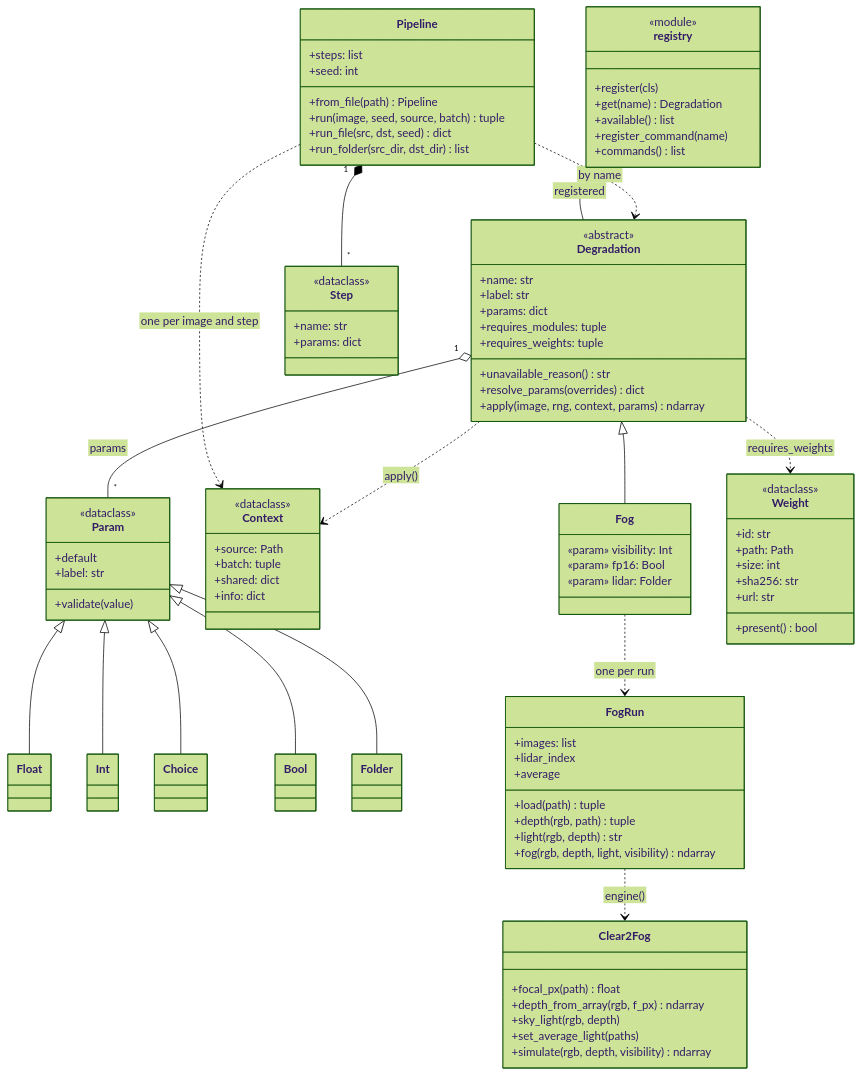
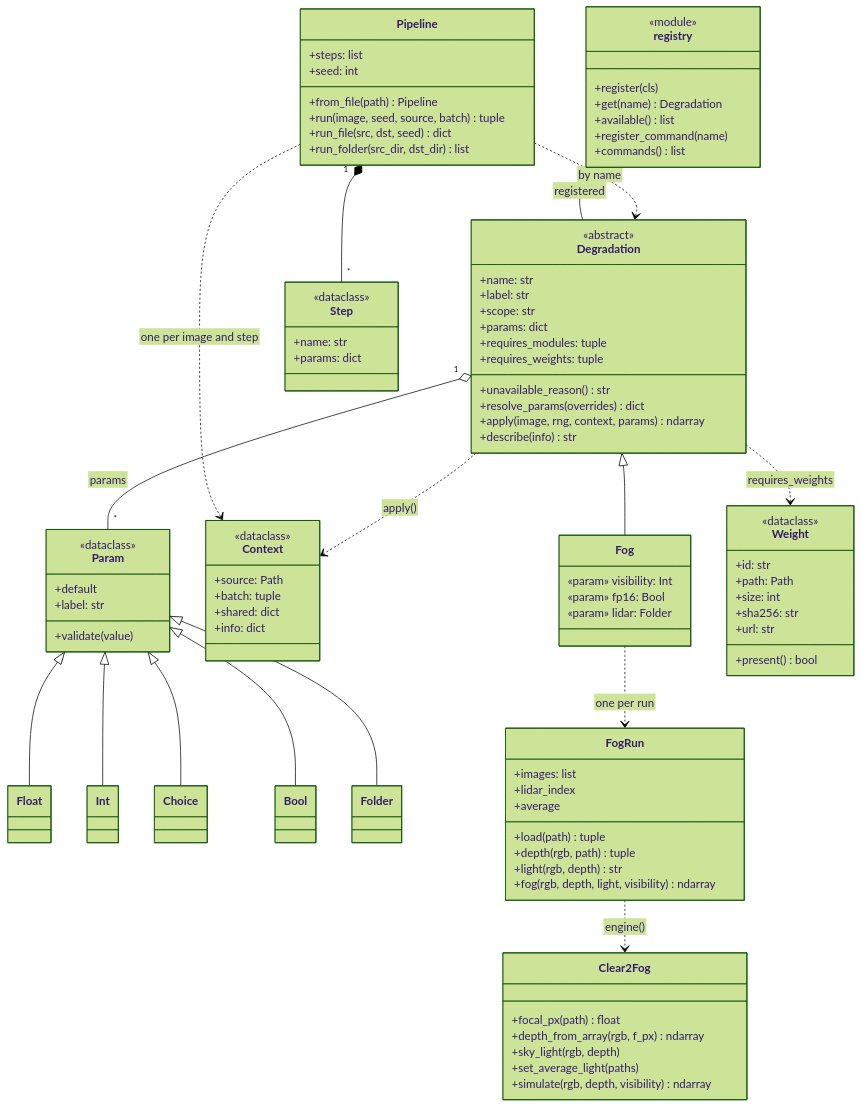
One commit to Tommy6015/degradation-framework changed the second of 4 diagrams in doc_EN/architecture.md. Above: the diagram before and after it, drawn with Mermaid (forest theme). The commit also changed other lines of this file and 23 other files, not shown here.

```diff
--- a/doc_EN/architecture.md
+++ b/doc_EN/architecture.md
@@ -116,12 +117,14 @@
         <<abstract>>
         +name: str
         +label: str
+        +scope: str
         +params: dict
         +requires_modules: tuple
         +requires_weights: tuple
         +unavailable_reason() str
         +resolve_params(overrides) dict
         +apply(image, rng, context, params) ndarray
+        +describe(info) str
     }
     class Fog {
         «param» visibility: Int
```
